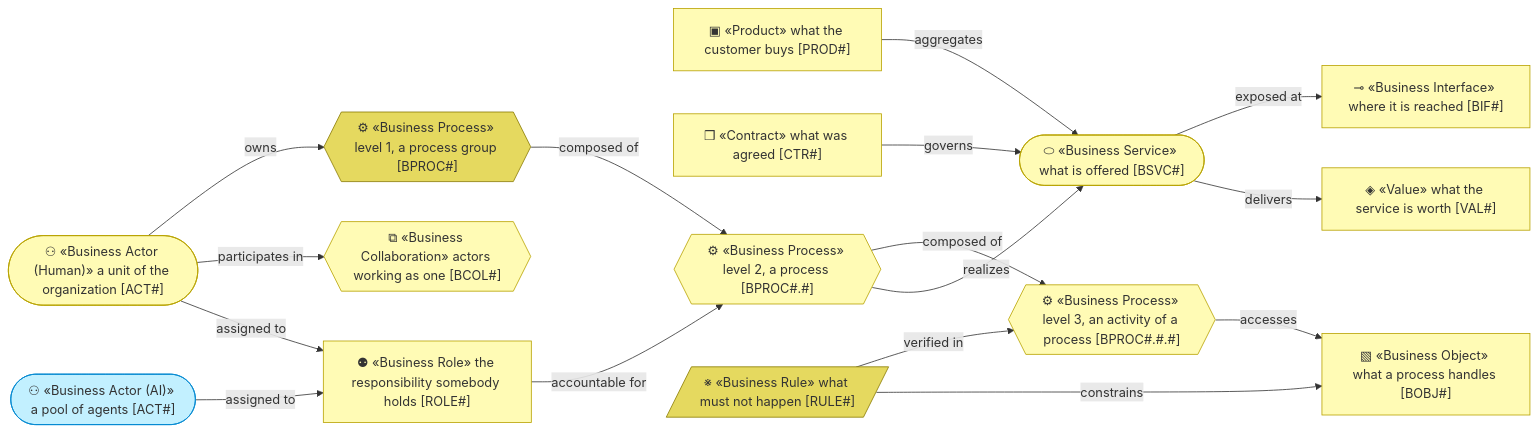
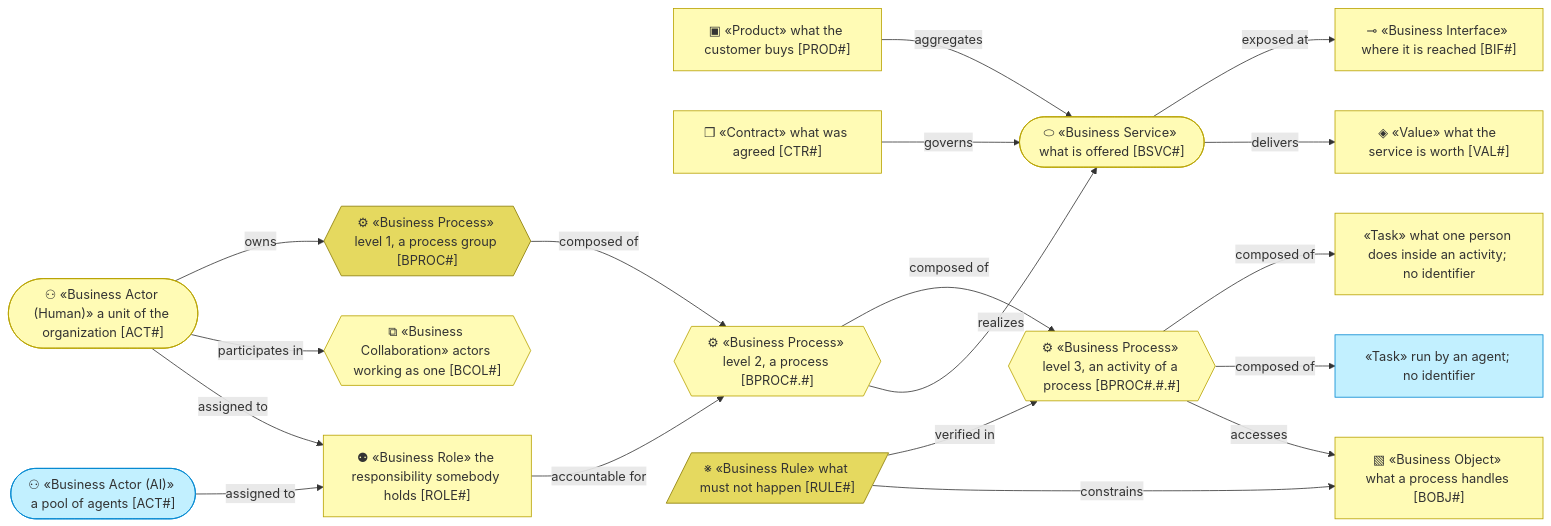
One commit to roanboc/archreator changed the first of 2 diagrams in plugins/archreator/assets/layers/2_business/README.md. Above: the diagram before and after it, drawn with Mermaid. The commit also changed other lines of this file and 1 other file, not shown here.

First line of the commit message:
docs: an agent covers tasks, never a whole activity

````diff
--- a/plugins/archreator/assets/layers/2_business/README.md
+++ b/plugins/archreator/assets/layers/2_business/README.md
@@ -66,38 +66,42 @@
 ```mermaid
 flowchart LR
   %% legend
   actorH(["⚇ «Business Actor (Human)» a unit of the organization [ACT#]"]):::business
   actorAI(["⚇ «Business Actor (AI)» a pool of agents [ACT#]"]):::application
   bcol{{"⧉ «Business Collaboration» actors working as one [BCOL#]"}}:::business
   role["⚉ «Business Role» the responsibility somebody holds [ROLE#]"]:::business
   prod["▣ «Product» what the customer buys [PROD#]"]:::business
   svc(["⬭ «Business Service» what is offered [BSVC#]"]):::business
   bif["⊸ «Business Interface» where it is reached [BIF#]"]:::business
   ctr["❒ «Contract» what was agreed [CTR#]"]:::business
   proc1{{"⚙ «Business Process» level 1, a process group [BPROC#]"}}:::business1
   proc2{{"⚙ «Business Process» level 2, a process [BPROC#.#]"}}:::business
   proc3{{"⚙ «Business Process» level 3, an activity of a process [BPROC#.#.#]"}}:::business
+  task["«Task» what one person does inside an activity; no identifier"]:::business
+  taskAI["«Task» run by an agent; no identifier"]:::application
   obj["▧ «Business Object» what a process handles [BOBJ#]"]:::business
   rule[/"※ «Business Rule» what must not happen [RULE#]"/]:::business1
   val["◈ «Value» what the service is worth [VAL#]"]:::business
 
   actorH -->|owns| proc1
   actorH -->|participates in| bcol
   actorH -->|assigned to| role
   actorAI -->|assigned to| role
   role -->|accountable for| proc2
   proc1 -->|composed of| proc2
   proc2 -->|composed of| proc3
+  proc3 -->|composed of| task
+  proc3 -->|composed of| taskAI
   proc2 -->|realizes| svc
   prod -->|aggregates| svc
   svc -->|exposed at| bif
   ctr -->|governs| svc
   svc -->|delivers| val
   proc3 -->|accesses| obj
   rule -->|verified in| proc3
   rule -->|constrains| obj
 
   classDef business fill:#fffbb5,stroke:#b8a200,color:#333
   classDef business1 fill:#e5d95f,stroke:#8a7a00,color:#333
   classDef application fill:#c2f0ff,stroke:#0288d1,color:#333
 ```
````
